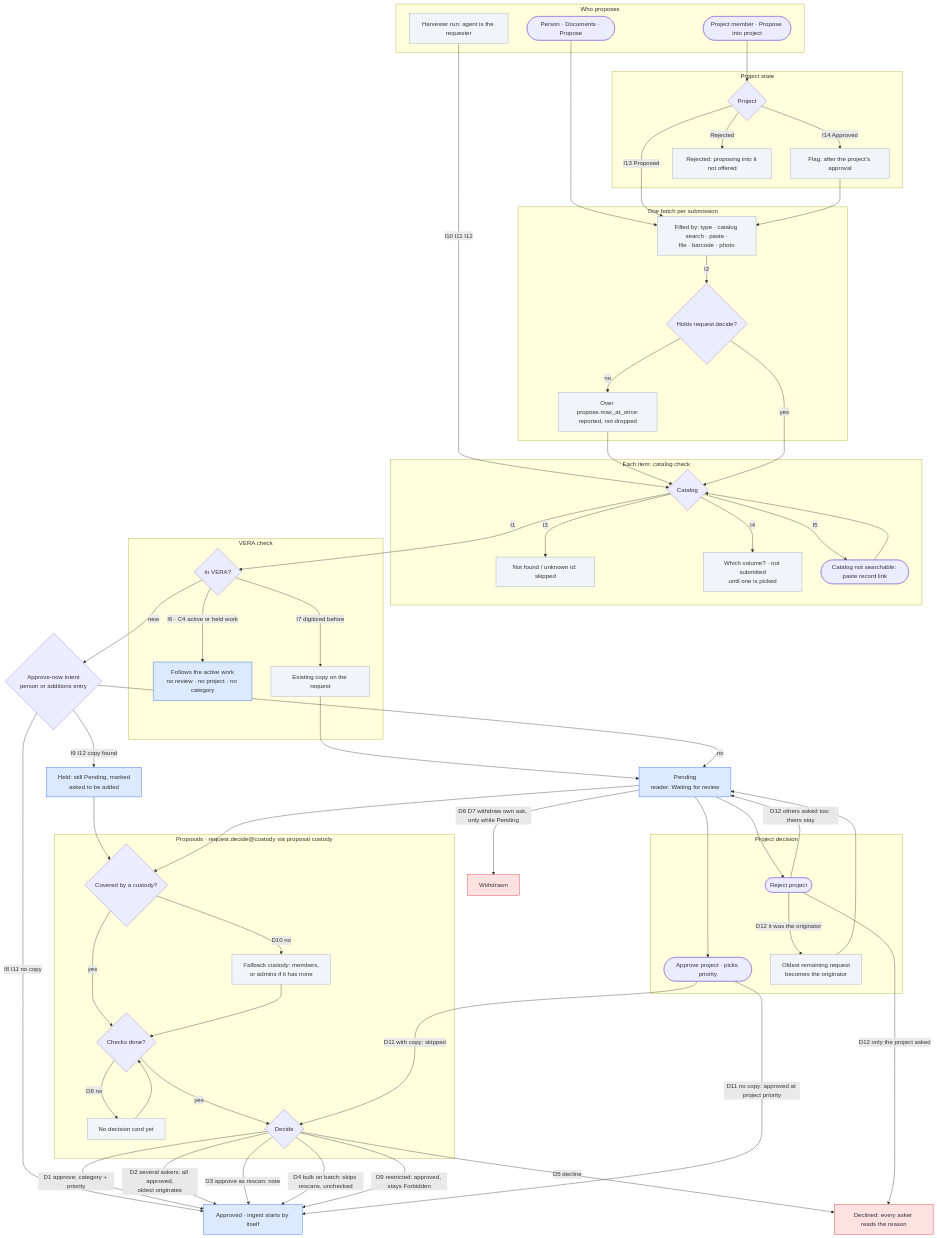
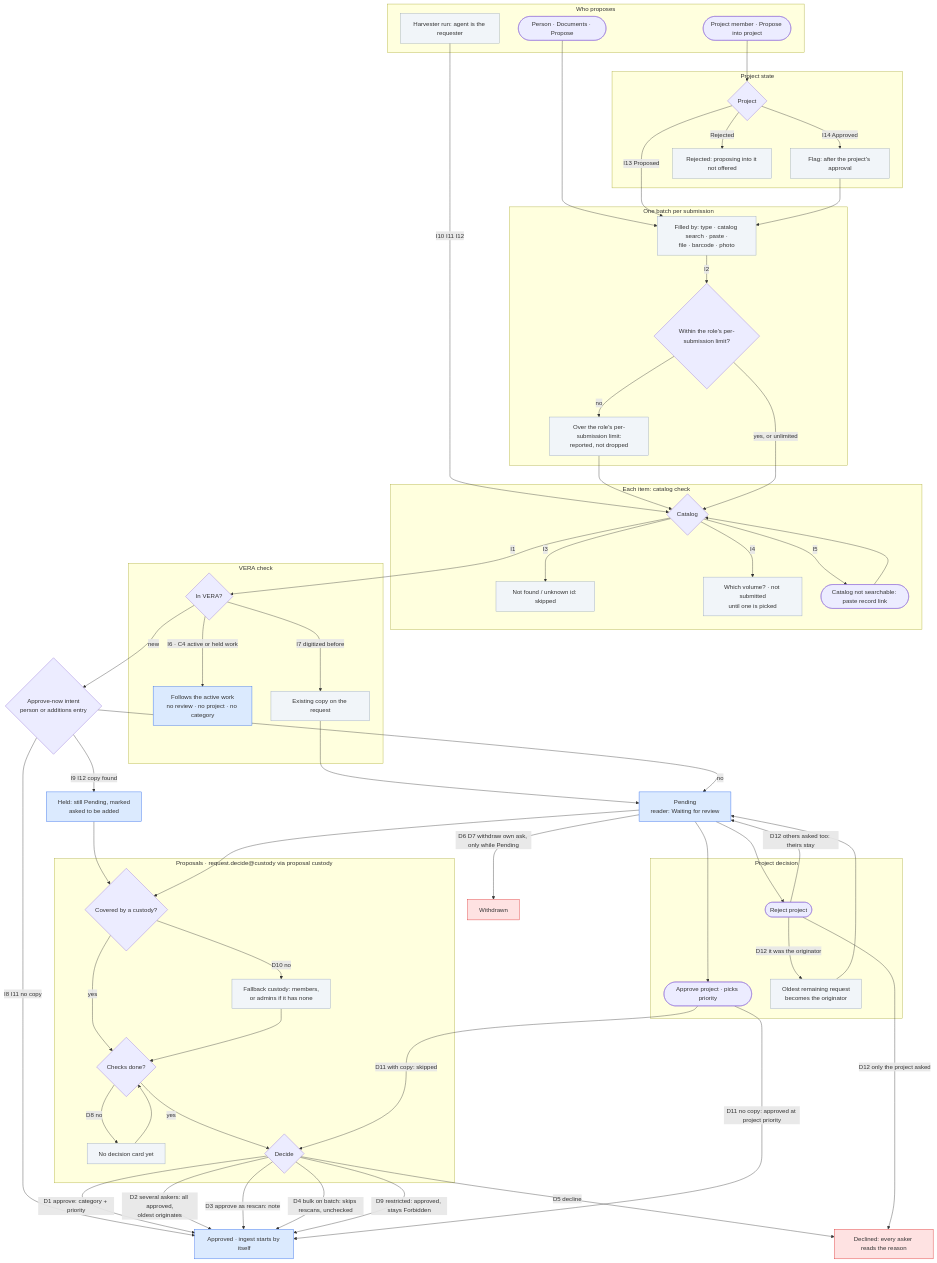
The diagram in docs/design/shared/flows/intake-and-decision.mermaid (moravianlibrary/vera), drawn with Mermaid before and after one commit. The commit also changed 27 other files, not shown here.

```diff
--- a/docs/design/shared/flows/intake-and-decision.mermaid
+++ b/docs/design/shared/flows/intake-and-decision.mermaid
@@ -1,97 +1,97 @@
 %% Intake and decision — I1–I14, D1–D12 in ../flows.md, in one diagram.
 flowchart TB
   classDef st fill:#dbeafe,stroke:#2563eb
   classDef sys fill:#f1f5f9,stroke:#94a3b8
   classDef end1 fill:#fee2e2,stroke:#dc2626
 
   subgraph WHO[Who proposes]
     PER(["Person · Documents · Propose"])
     HRV["Harvester run: agent is the requester"]:::sys
     MEM(["Project member · Propose into project"])
   end
 
   subgraph BAT[One batch per submission]
     WAYS["Filled by: type · catalog search · paste ·<br/>file · barcode · photo"]:::sys
-    LIM{"Holds request.decide?"}
-    OVER["Over propose.max_at_once:<br/>reported, not dropped"]:::sys
+    LIM{"Within the role's per-submission limit?"}
+    OVER["Over the role's per-submission limit:<br/>reported, not dropped"]:::sys
   end
 
   subgraph CAT[Each item: catalog check]
     CC{"Catalog"}
     NF["Not found / unknown id: skipped"]:::sys
     VOL["Which volume? · not submitted<br/>until one is picked"]:::sys
     LNK(["Catalog not searchable: paste record link"])
   end
 
   subgraph VC[VERA check]
     VV{"In VERA?"}
     FOL["Follows the active work<br/>no review · no project · no category"]:::st
     COPY["Existing copy on the request"]:::sys
   end
 
   subgraph PROJ[Project state]
     PS{"Project"}
     FLAG["Flag: after the project's approval"]:::sys
     NOP["Rejected: proposing into it not offered"]:::sys
   end
 
   PEN["Pending<br/>reader: Waiting for review"]:::st
   INT{"Approve-now intent<br/>person or additions entry"}
   HOLD["Held: still Pending, marked<br/>asked to be added"]:::st
 
   subgraph PR[Proposals · request.decide@custody via proposal custody]
     CUS{"Covered by a custody?"}
     FB["Fallback custody: members,<br/>or admins if it has none"]:::sys
     CHR{"Checks done?"}
     WAIT["No decision card yet"]:::sys
     ACT{"Decide"}
   end
 
   AP["Approved · ingest starts by itself"]:::st
   DN["Declined: every asker reads the reason"]:::end1
   WD["Withdrawn"]:::end1
 
   subgraph PJD[Project decision]
     PA(["Approve project · picks priority"])
     PRJ(["Reject project"])
     ORIG["Oldest remaining request<br/>becomes the originator"]:::sys
   end
 
   PER --> WAYS
   MEM --> PS
   PS -->|I13 Proposed| WAYS
   PS -->|I14 Approved| FLAG --> WAYS
   PS -->|Rejected| NOP
   HRV -->|I10 I11 I12| CC
   WAYS -->|I2| LIM
   LIM -->|no| OVER --> CC
-  LIM -->|yes| CC
+  LIM -->|yes, or unlimited| CC
   CC -->|I3| NF
   CC -->|I4| VOL
   CC -->|I5| LNK --> CC
   CC -->|I1| VV
   VV -->|"I6 · C4 active or held work"| FOL
   VV -->|I7 digitized before| COPY --> PEN
   VV -->|new| INT
   INT -->|no| PEN
   INT -->|"I8 I11 no copy"| AP
   INT -->|"I9 I12 copy found"| HOLD --> CUS
   PEN --> CUS
   CUS -->|yes| CHR
   CUS -->|D10 no| FB --> CHR
   CHR -->|D8 no| WAIT --> CHR
   CHR -->|yes| ACT
   ACT -->|"D1 approve: category + priority"| AP
   ACT -->|"D2 several askers: all approved,<br/>oldest originates"| AP
   ACT -->|"D3 approve as rescan: note"| AP
   ACT -->|"D4 bulk on batch: skips rescans, unchecked"| AP
   ACT -->|"D9 restricted: approved, stays Forbidden"| AP
   ACT -->|D5 decline| DN
   PEN -->|"D6 D7 withdraw own ask, only while Pending"| WD
   PEN --> PA
   PA -->|"D11 no copy: approved at project priority"| AP
   PA -->|"D11 with copy: skipped"| ACT
   PEN --> PRJ
   PRJ -->|"D12 only the project asked"| DN
   PRJ -->|"D12 others asked too: theirs stay"| PEN
   PRJ -->|"D12 it was the originator"| ORIG --> PEN
```
